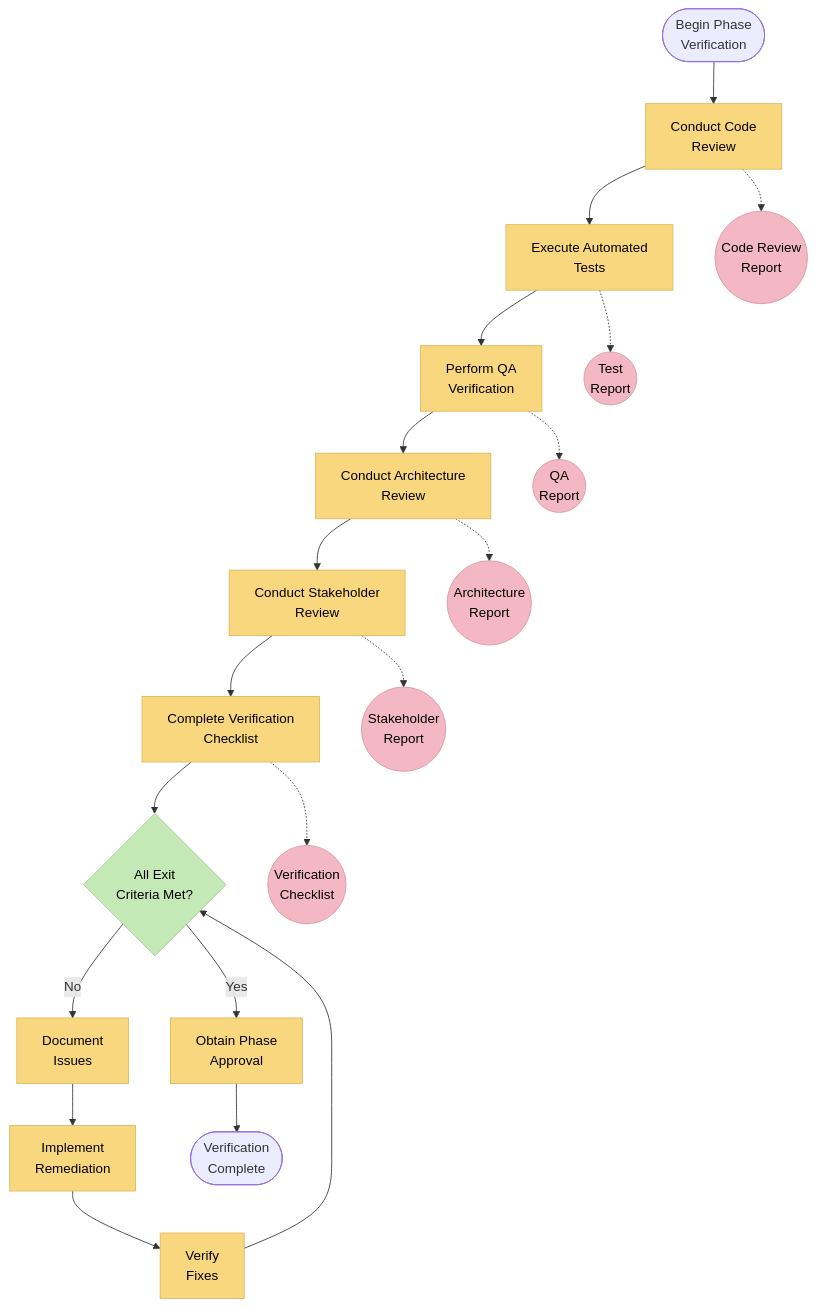
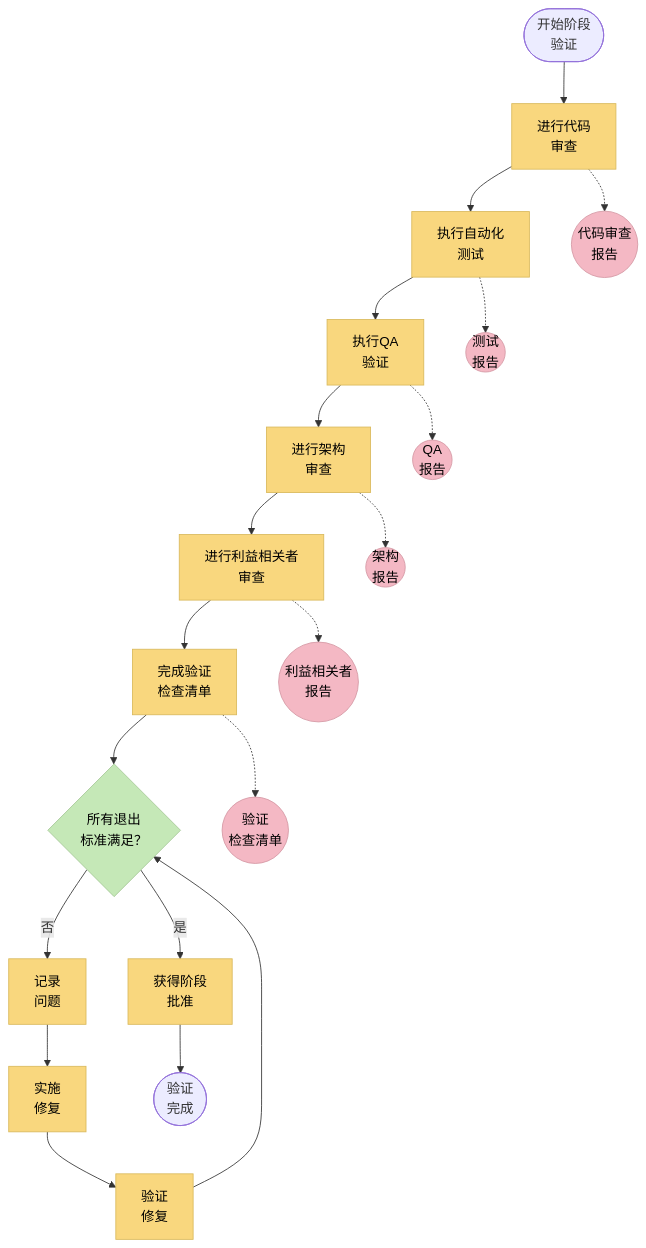
The third of 6 diagrams in .cursor/rules/isolation_rules/Level4/phased-implementation.mdc (goodends/cursor-memory-bank-Chinese-), drawn with Mermaid before and after one commit. The commit also changed other lines of this file, not shown here.

````diff
--- a/.cursor/rules/isolation_rules/Level4/phased-implementation.mdc
+++ b/.cursor/rules/isolation_rules/Level4/phased-implementation.mdc
@@ -248,32 +248,32 @@
 ```mermaid
 flowchart TD
     classDef activity fill:#f9d77e,stroke:#d9b95c,color:#000
     classDef artifact fill:#f4b8c4,stroke:#d498a4,color:#000
     classDef decision fill:#c5e8b7,stroke:#a5c897,color:#000
     
-    Start([Begin Phase<br>Verification]) --> CodeReview[Conduct Code<br>Review]
-    CodeReview --> TestExecution[Execute Automated<br>Tests]
-    TestExecution --> QAVerification[Perform QA<br>Verification]
-    QAVerification --> ArchReview[Conduct Architecture<br>Review]
-    ArchReview --> StakeholderReview[Conduct Stakeholder<br>Review]
-    StakeholderReview --> Checklist[Complete Verification<br>Checklist]
-    Checklist --> ExitCriteria{All Exit<br>Criteria Met?}
-    ExitCriteria -->|Yes| Approval[Obtain Phase<br>Approval]
-    ExitCriteria -->|No| Issues[Document<br>Issues]
-    Issues --> Remediation[Implement<br>Remediation]
-    Remediation --> Retest[Verify<br>Fixes]
+    Start([开始阶段<br>验证]) --> CodeReview[进行代码<br>审查]
+    CodeReview --> TestExecution[执行自动化<br>测试]
+    TestExecution --> QAVerification[执行QA<br>验证]
+    QAVerification --> ArchReview[进行架构<br>审查]
+    ArchReview --> StakeholderReview[进行利益相关者<br>审查]
+    StakeholderReview --> Checklist[完成验证<br>检查清单]
+    Checklist --> ExitCriteria{所有退出<br>标准满足？}
+    ExitCriteria -->|是| Approval[获得阶段<br>批准]
+    ExitCriteria -->|否| Issues[记录<br>问题]
+    Issues --> Remediation[实施<br>修复]
+    Remediation --> Retest[验证<br>修复]
     Retest --> ExitCriteria
-    Approval --> Complete([Verification<br>Complete])
+    Approval --> Complete([验证<br>完成])
     
-    CodeReview -.-> CodeReport((Code Review<br>Report))
-    TestExecution -.-> TestReport((Test<br>Report))
-    QAVerification -.-> QAReport((QA<br>Report))
-    ArchReview -.-> ArchReport((Architecture<br>Report))
-    StakeholderReview -.-> StakeReport((Stakeholder<br>Report))
-    Checklist -.-> CheckDoc((Verification<br>Checklist))
+    CodeReview -.-> CodeReport((代码审查<br>报告))
+    TestExecution -.-> TestReport((测试<br>报告))
+    QAVerification -.-> QAReport((QA<br>报告))
+    ArchReview -.-> ArchReport((架构<br>报告))
+    StakeholderReview -.-> StakeReport((利益相关者<br>报告))
+    Checklist -.-> CheckDoc((验证<br>检查清单))
     
     class Start,Complete milestone
     class CodeReview,TestExecution,QAVerification,ArchReview,StakeholderReview,Checklist,Approval,Issues,Remediation,Retest activity
     class ExitCriteria decision
     class CodeReport,TestReport,QAReport,ArchReport,StakeReport,CheckDoc artifact
 ```
````
